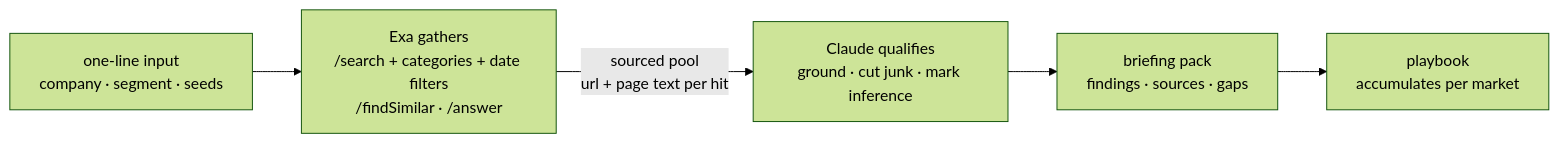
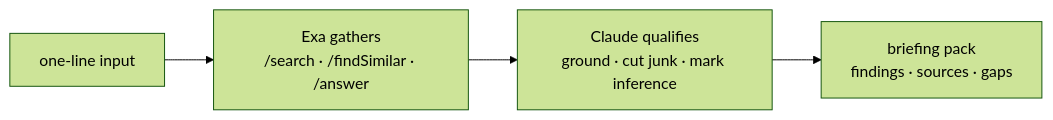
Before and after one commit to b1rdmania/field-agent: the diagram in README.md, drawn with Mermaid (forest theme). The commit also changed other lines of this file and 1 other file, not shown here.

````diff
--- a/README.md
+++ b/README.md
@@ -35,7 +28,6 @@
 ```mermaid
 flowchart LR
-    A["one-line input\ncompany · segment · seeds"] --> B["Exa gathers\n/search + categories + date filters\n/findSimilar · /answer"]
-    B -- "sourced pool\nurl + page text per hit" --> C["Claude qualifies\nground · cut junk · mark inference"]
+    A["one-line input"] --> B["Exa gathers\n/search · /findSimilar · /answer"]
+    B --> C["Claude qualifies\nground · cut junk · mark inference"]
     C --> D["briefing pack\nfindings · sources · gaps"]
-    D --> P["playbook\naccumulates per market"]
 ```
````
